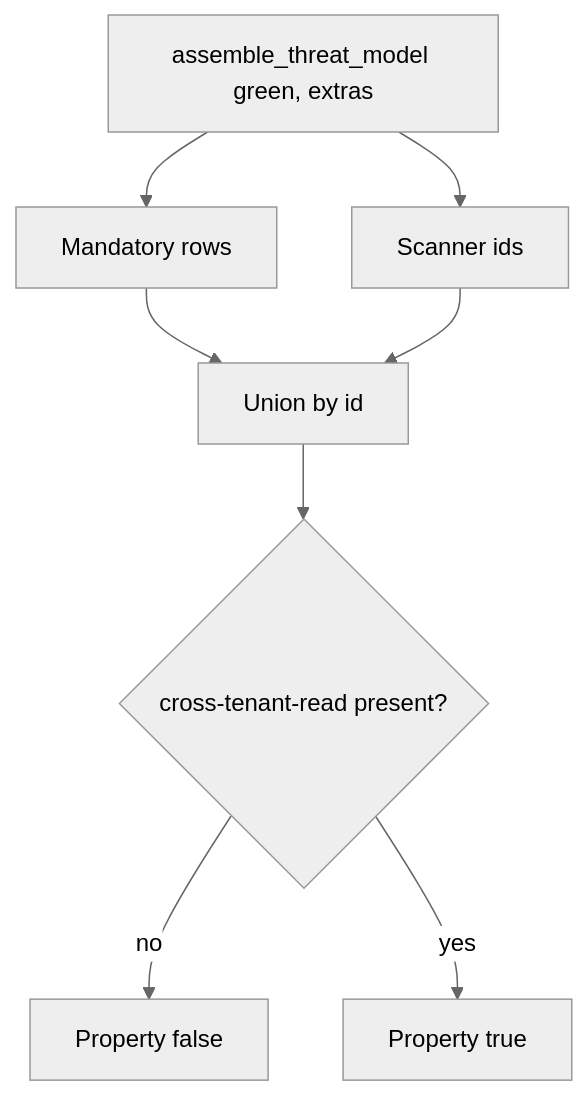
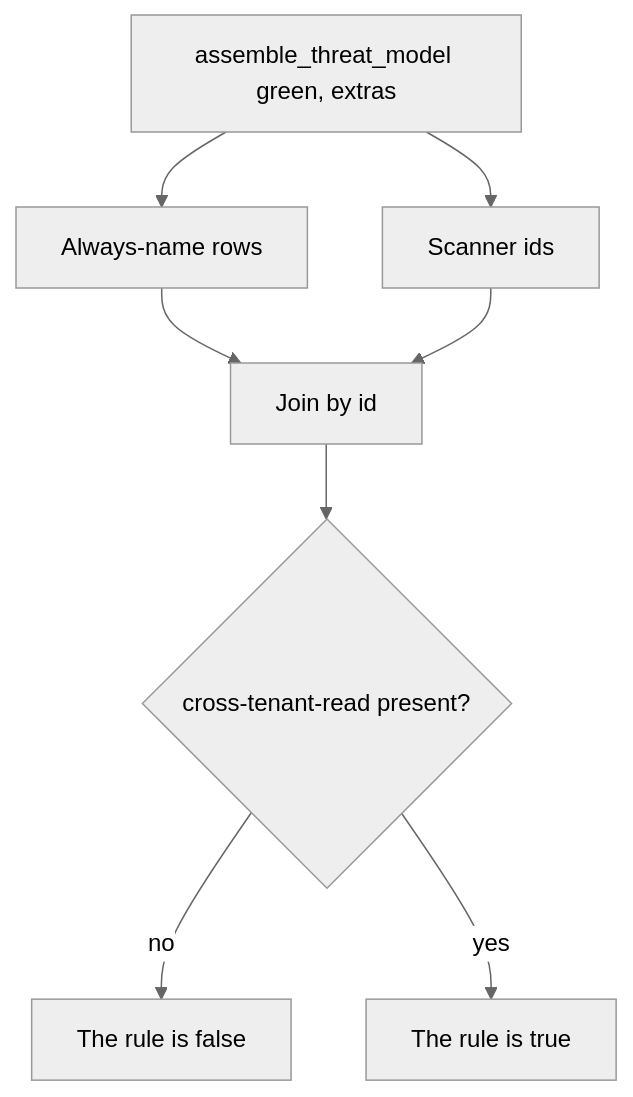
Before and after one commit to ishitvagoel/LearnSecurity: the diagram in content/modules/3/3.2/lessons/04-build.md, drawn with Mermaid (neutral theme). The commit also changed other lines of this file and 31 other files, not shown here.

````diff
--- a/content/modules/3/3.2/lessons/04-build.md
+++ b/content/modules/3/3.2/lessons/04-build.md
@@ -15,10 +14,10 @@
 ```mermaid
 flowchart TD
-  Call["assemble_threat_model green, extras"] --> Seed["Mandatory rows"]
+  Call["assemble_threat_model green, extras"] --> Seed["Always-name rows"]
   Call --> Extra["Scanner ids"]
-  Seed --> Union[Union by id]
+  Seed --> Union[Join by id]
   Extra --> Union
   Union --> Test{"cross-tenant-read present?"}
-  Test -->|no| Fail[Property false]
-  Test -->|yes| Pass[Property true]
+  Test -->|no| Fail[The rule is false]
+  Test -->|yes| Pass[The rule is true]
 ```
````
